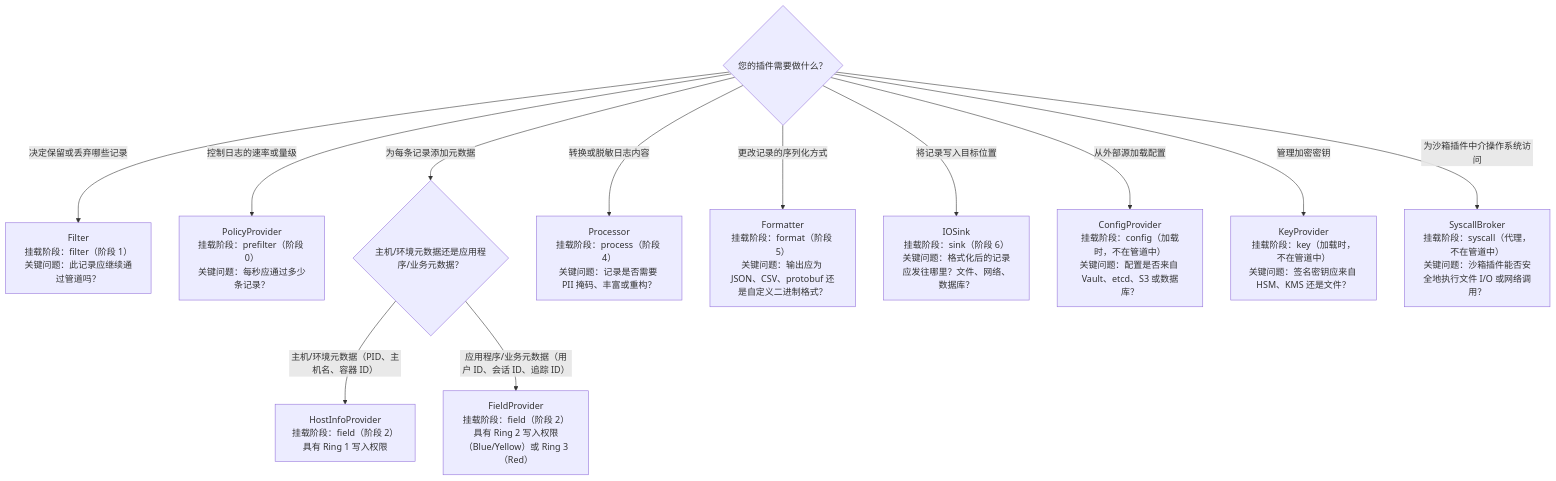
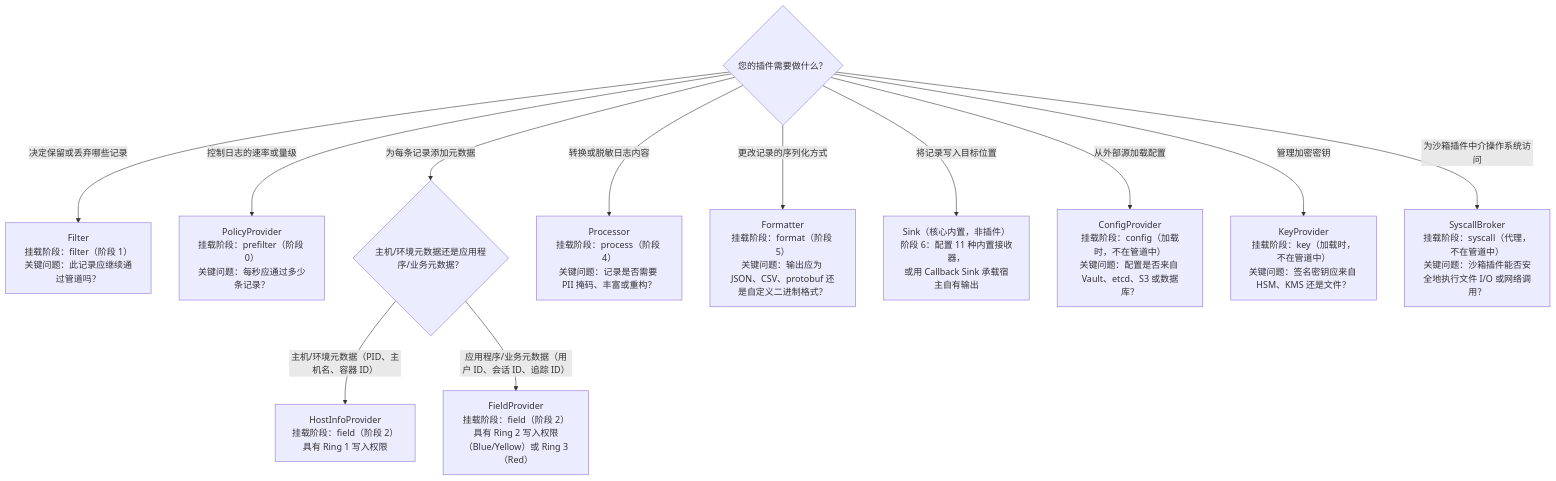
One commit to nekolio/DoLogger changed the first of 3 diagrams in Docs/zh_CN/guides/ExtendedPluginTypeGuide.md. Above: the diagram before and after it, drawn with Mermaid. The commit also changed other lines of this file and 20 other files, not shown here.

````diff
--- a/Docs/zh_CN/guides/ExtendedPluginTypeGuide.md
+++ b/Docs/zh_CN/guides/ExtendedPluginTypeGuide.md
@@ -30,15 +30,15 @@
 ```mermaid
 flowchart TD
     Q{"您的插件需要做什么？"}
     Q -->|"决定保留或丢弃哪些记录"| A["Filter<br/>挂载阶段：filter（阶段 1）<br/>关键问题：此记录应继续通过管道吗？"]
     Q -->|"控制日志的速率或量级"| B["PolicyProvider<br/>挂载阶段：prefilter（阶段 0）<br/>关键问题：每秒应通过多少条记录？"]
     Q -->|"为每条记录添加元数据"| M{"主机/环境元数据还是应用程序/业务元数据？"}
     M -->|"主机/环境元数据（PID、主机名、容器 ID）"| C["HostInfoProvider<br/>挂载阶段：field（阶段 2）<br/>具有 Ring 1 写入权限"]
     M -->|"应用程序/业务元数据（用户 ID、会话 ID、追踪 ID）"| D["FieldProvider<br/>挂载阶段：field（阶段 2）<br/>具有 Ring 2 写入权限（Blue/Yellow）或 Ring 3（Red）"]
     Q -->|"转换或脱敏日志内容"| E["Processor<br/>挂载阶段：process（阶段 4）<br/>关键问题：记录是否需要 PII 掩码、丰富或重构？"]
     Q -->|"更改记录的序列化方式"| F["Formatter<br/>挂载阶段：format（阶段 5）<br/>关键问题：输出应为 JSON、CSV、protobuf 还是自定义二进制格式？"]
-    Q -->|"将记录写入目标位置"| G["IOSink<br/>挂载阶段：sink（阶段 6）<br/>关键问题：格式化后的记录应发往哪里？文件、网络、数据库？"]
+    Q -->|"将记录写入目标位置"| G["Sink（核心内置，非插件）<br/>阶段 6：配置 11 种内置接收器，<br/>或用 Callback Sink 承载宿主自有输出"]
     Q -->|"从外部源加载配置"| H["ConfigProvider<br/>挂载阶段：config（加载时，不在管道中）<br/>关键问题：配置是否来自 Vault、etcd、S3 或数据库？"]
     Q -->|"管理加密密钥"| I["KeyProvider<br/>挂载阶段：key（加载时，不在管道中）<br/>关键问题：签名密钥应来自 HSM、KMS 还是文件？"]
     Q -->|"为沙箱插件中介操作系统访问"| J["SyscallBroker<br/>挂载阶段：syscall（代理，不在管道中）<br/>关键问题：沙箱插件能否安全地执行文件 I/O 或网络调用？"]
 ```
````
